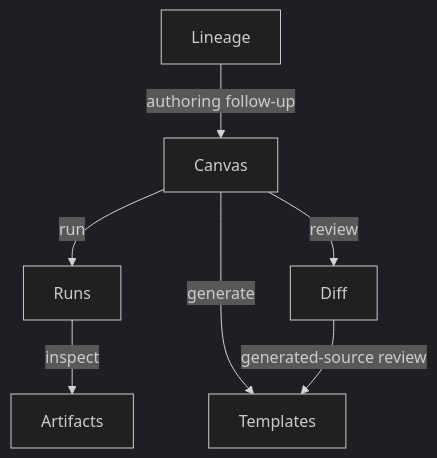
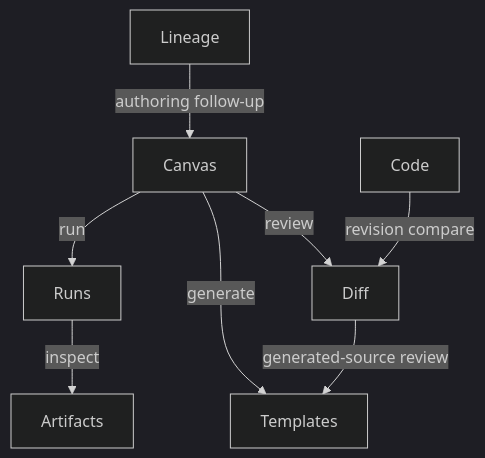
Before and after one commit to dunay2/dvt: the third of 3 diagrams in docs/architecture/frontend/screen-manuals-and-user-stories.md, drawn with Mermaid (dark theme). The commit also changed other lines of this file and 56 other files, not shown here.

Commit message:
feat(web): Harden transformation flow and align F-23 docs

````diff
--- a/docs/architecture/frontend/screen-manuals-and-user-stories.md
+++ b/docs/architecture/frontend/screen-manuals-and-user-stories.md
@@ -336,9 +366,10 @@
 ```mermaid
 flowchart TB
   Canvas -->|"run"| Runs
   Canvas -->|"review"| Diff
   Canvas -->|"generate"| Templates
+  Code -->|"revision compare"| Diff
   Runs -->|"inspect"| Artifacts
   Lineage -->|"authoring follow-up"| Canvas
   Diff -->|"generated-source review"| Templates
 ```
````
